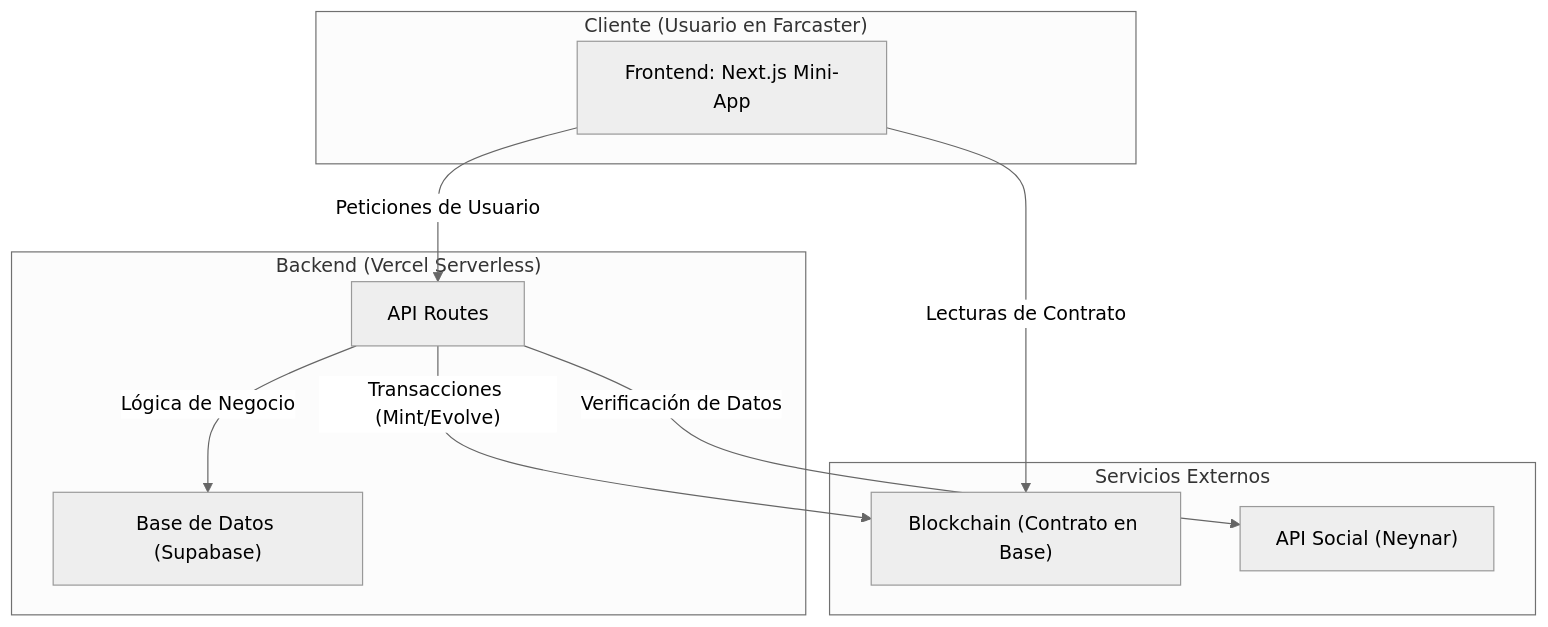
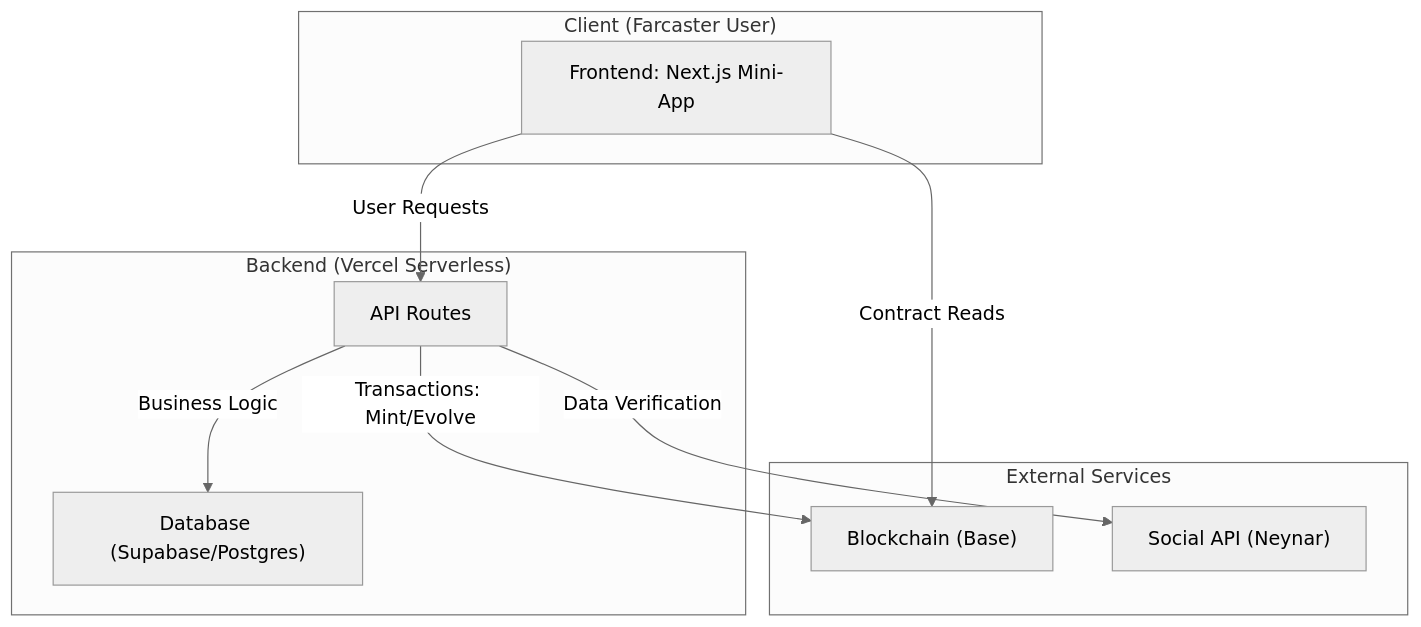
One commit to edsphinx/socialdrop changed the second of 2 diagrams in README.md. Above: the diagram before and after it, drawn with Mermaid (neutral theme). The commit also changed other lines of this file and 72 other files, not shown here.

````diff
--- a/README.md
+++ b/README.md
@@ -63,22 +71,22 @@
 ```mermaid
 graph TD
-    subgraph "Cliente (Usuario en Farcaster)"
+    subgraph "Client (Farcaster User)"
         A[Frontend: Next.js Mini-App]
     end
 
     subgraph "Backend (Vercel Serverless)"
         B[API Routes]
-        C["Base de Datos (Supabase)"]
+        C["Database (Supabase/Postgres)"]
     end
 
-    subgraph "Servicios Externos"
-        D["Blockchain (Contrato en Base)"]
-        E["API Social (Neynar)"]
+    subgraph "External Services"
+        D["Blockchain (Base)"]
+        E["Social API (Neynar)"]
     end
 
-    A -- Peticiones de Usuario --> B;
-    A -- Lecturas de Contrato --> D;
-    B -- Lógica de Negocio --> C;
-    B -- Transacciones (Mint/Evolve) --> D;
-    B -- Verificación de Datos --> E;
+    A -- User Requests --> B;
+    A -- Contract Reads --> D;
+    B -- Business Logic --> C;
+    B -- Transactions: Mint/Evolve --> D;
+    B -- Data Verification --> E;
 ```
````
